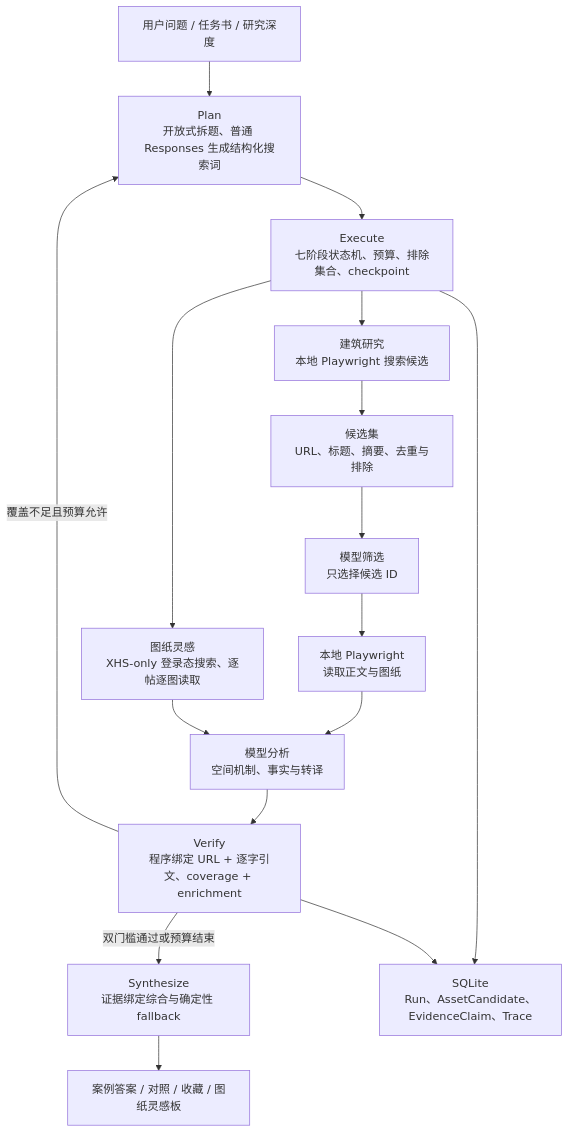
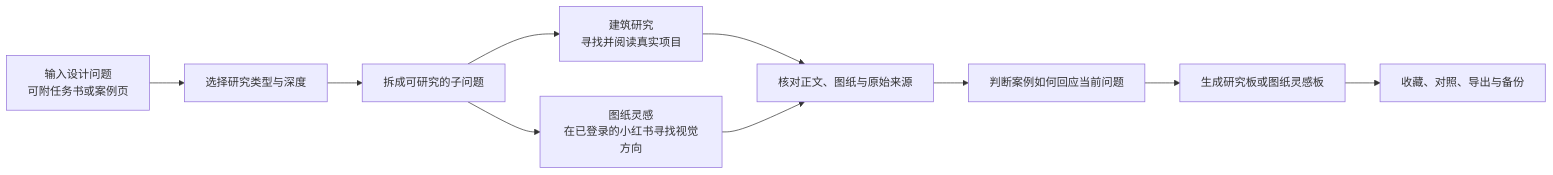
One commit to jileyu2000/archresearch changed the diagram in README.md. Above: the diagram before and after it, drawn with Mermaid. The commit also changed other lines of this file and 18 other files, not shown here.

````diff
--- a/README.md
+++ b/README.md
@@ -66,20 +49,12 @@
 ```mermaid
-flowchart TB
-    U["用户问题 / 任务书 / 研究深度"] --> P["Plan<br/>开放式拆题、普通 Responses 生成结构化搜索词"]
-    P --> E["Execute<br/>七阶段状态机、预算、排除集合、checkpoint"]
-
-    E --> W["建筑研究<br/>本地 Playwright 搜索候选"]
-    W --> C["候选集<br/>URL、标题、摘要、去重与排除"]
-    C --> CR["模型筛选<br/>只选择候选 ID"]
-    CR --> L["本地 Playwright<br/>读取正文与图纸"]
-
-    E --> X["图纸灵感<br/>XHS-only 登录态搜索、逐帖逐图读取"]
-    L --> A["模型分析<br/>空间机制、事实与转译"]
-    X --> A
-    A --> V["Verify<br/>程序绑定 URL + 逐字引文、coverage + enrichment"]
-    V -->|"覆盖不足且预算允许"| P
-    V -->|"双门槛通过或预算结束"| S["Synthesize<br/>证据绑定综合与确定性 fallback"]
-    S --> O["案例答案 / 对照 / 收藏 / 图纸灵感板"]
-    E --> D["SQLite<br/>Run、AssetCandidate、EvidenceClaim、Trace"]
-    V --> D
+flowchart LR
+    A["输入设计问题<br/>可附任务书或案例页"] --> B["选择研究类型与深度"]
+    B --> C["拆成可研究的子问题"]
+    C --> D["建筑研究<br/>寻找并阅读真实项目"]
+    C --> E["图纸灵感<br/>在已登录的小红书寻找视觉方向"]
+    D --> F["核对正文、图纸与原始来源"]
+    E --> F
+    F --> G["判断案例如何回应当前问题"]
+    G --> H["生成研究板或图纸灵感板"]
+    H --> I["收藏、对照、导出与备份"]
 ```
````
